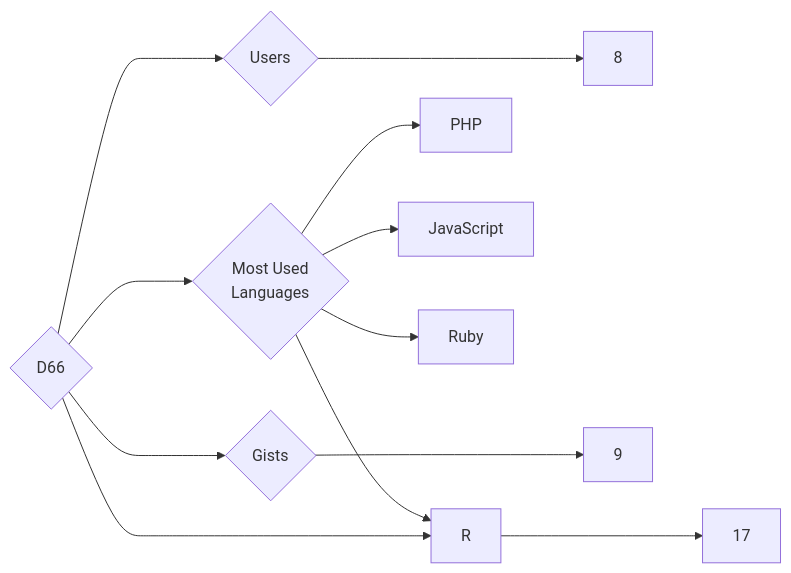
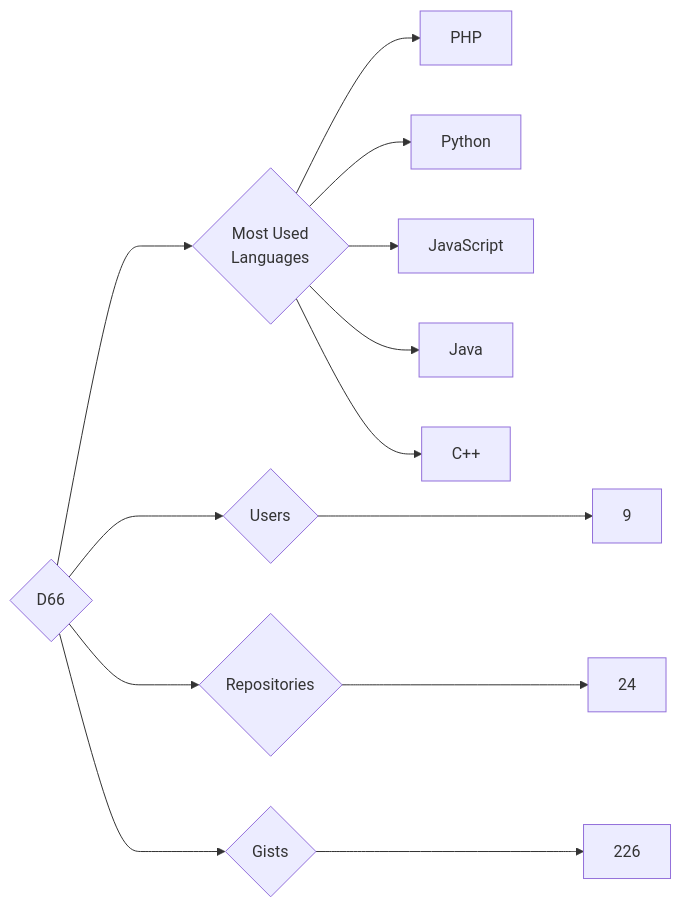
The diagram in targets/D66/README.md (trickest/insiders), drawn with Mermaid before and after one commit. The commit also changed 874 other files, not shown here.

````diff
--- a/targets/D66/README.md
+++ b/targets/D66/README.md
@@ -3,12 +3,13 @@
 ```mermaid
 graph LR
 COMPANY_NAME{D66}
-COMPANY_NAME ---> U{Users} ---> UN[8]
-COMPANY_NAME ---> R{Repositories} ---> RN[17]
-COMPANY_NAME ---> G{Gists} ---> GN[9]
+COMPANY_NAME ---> U{Users} ---> UN[9]
+COMPANY_NAME ---> R{Repositories} ---> RN[24]
+COMPANY_NAME ---> G{Gists} ---> GN[226]
 COMPANY_NAME ---> ML{Most Used<br>Languages}
 ML --> PHP[PHP]
+ML --> Python[Python]
 ML --> JavaScript[JavaScript]
-ML --> Ruby[Ruby]
-ML --> R[R]
+ML --> Java[Java]
+ML --> C++[C++]
 ```
````
